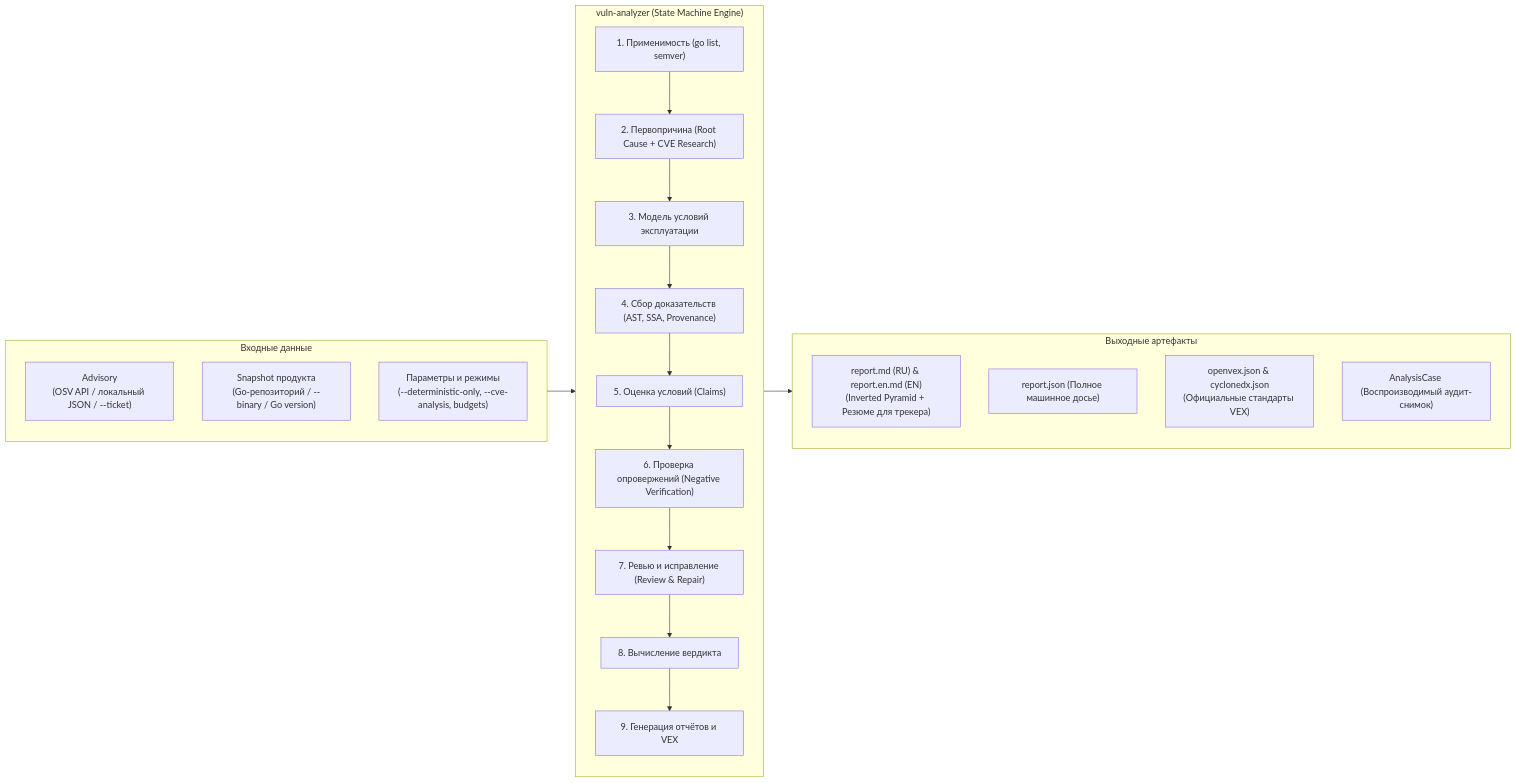
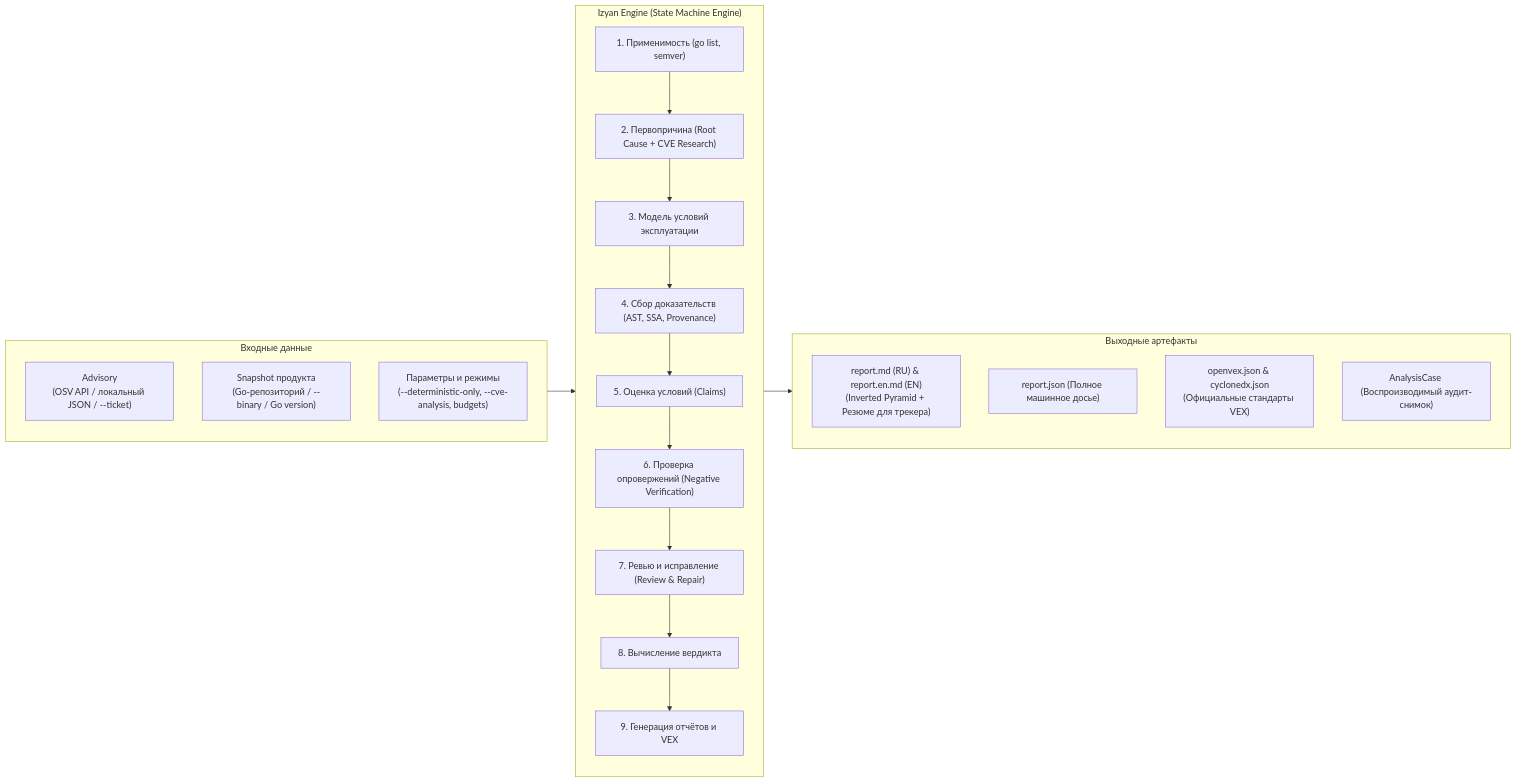
One commit to davniy/izyan changed the first of 2 diagrams in docs/architecture.md. Above: the diagram before and after it, drawn with Mermaid. The commit also changed other lines of this file and 157 other files, not shown here.

Commit message:
feat(core): rename module to github.com/fedorovmv/izyan, CLI command to izyan, and brand as Izyan (Vuln Analyzer)

````diff
--- a/docs/architecture.md
+++ b/docs/architecture.md
@@ -11,31 +11,31 @@
 ```mermaid
 flowchart LR
     subgraph Inputs ["Входные данные"]
         Adv["Advisory<br>(OSV API / локальный JSON / --ticket)"]
         Snap["Snapshot продукта<br>(Go-репозиторий / --binary / Go version)"]
         Cfg["Параметры и режимы<br>(--deterministic-only, --cve-analysis, budgets)"]
     end
 
-    subgraph Core ["vuln-analyzer (State Machine Engine)"]
+    subgraph Core ["Izyan Engine (State Machine Engine)"]
         Affected["1. Применимость (go list, semver)"]
         RC["2. Первопричина (Root Cause + CVE Research)"]
         Model["3. Модель условий эксплуатации"]
         Evidence["4. Сбор доказательств (AST, SSA, Provenance)"]
         Evaluator["5. Оценка условий (Claims)"]
         Negative["6. Проверка опровержений (Negative Verification)"]
         Review["7. Ревью и исправление (Review & Repair)"]
         Verdict["8. Вычисление вердикта"]
         ReportState["9. Генерация отчётов и VEX"]
 
         Affected --> RC --> Model --> Evidence --> Evaluator --> Negative --> Review --> Verdict --> ReportState
     end
 
     subgraph Outputs ["Выходные артефакты"]
         RepMD["report.md (RU) & report.en.md (EN)<br>(Inverted Pyramid + Резюме для трекера)"]
         RepJSON["report.json (Полное машинное досье)"]
         VEX["openvex.json & cyclonedx.json<br>(Официальные стандарты VEX)"]
         CaseSnap["AnalysisCase (Воспроизводимый аудит-снимок)"]
     end
 
     Inputs --> Core --> Outputs
 ```
````
